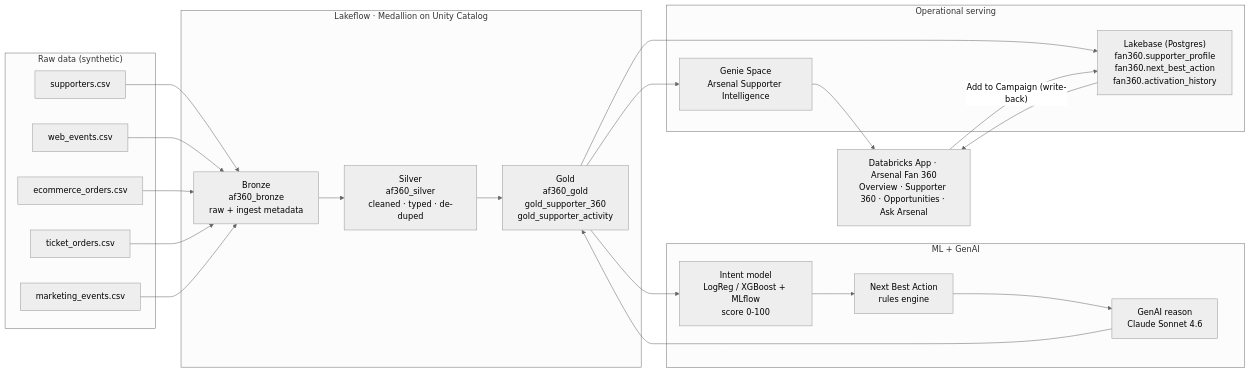
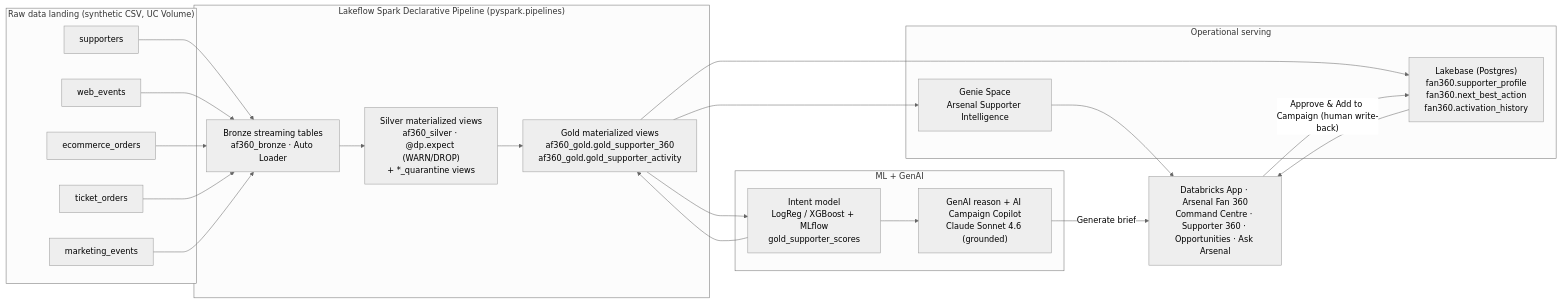
The diagram in README.md (VGokulPillai/arsenal-fan-360), drawn with Mermaid (neutral theme) before and after one commit. The commit also changed other lines of this file and 37 other files, not shown here.

First line of the commit message:
Add Lakeflow SDP, AI Campaign Copilot, executive command centre & business case

````diff
--- a/README.md
+++ b/README.md
@@ -35,38 +74,38 @@
 ```mermaid
 flowchart LR
-    subgraph RAW["Raw data (synthetic)"]
-        A1[supporters.csv]
-        A2[web_events.csv]
-        A3[ecommerce_orders.csv]
-        A4[ticket_orders.csv]
-        A5[marketing_events.csv]
+    subgraph RAW["Raw data landing (synthetic CSV, UC Volume)"]
+        A1[supporters]
+        A2[web_events]
+        A3[ecommerce_orders]
+        A4[ticket_orders]
+        A5[marketing_events]
     end
 
-    subgraph LF["Lakeflow · Medallion on Unity Catalog"]
-        B["Bronze<br/>af360_bronze<br/>raw + ingest metadata"]
-        S["Silver<br/>af360_silver<br/>cleaned · typed · de-duped"]
-        G["Gold<br/>af360_gold<br/>gold_supporter_360<br/>gold_supporter_activity"]
+    subgraph LF["Lakeflow Spark Declarative Pipeline (pyspark.pipelines)"]
+        B["Bronze streaming tables<br/>af360_bronze · Auto Loader"]
+        S["Silver materialized views<br/>af360_silver · @dp.expect (WARN/DROP)<br/>+ *_quarantine views"]
+        G["Gold materialized views<br/>af360_gold.gold_supporter_360<br/>af360_gold.gold_supporter_activity"]
     end
 
     subgraph AI["ML + GenAI"]
-        M["Intent model<br/>LogReg / XGBoost + MLflow<br/>score 0-100"]
-        N["Next Best Action<br/>rules engine"]
-        R["GenAI reason<br/>Claude Sonnet 4.6"]
+        M["Intent model<br/>LogReg / XGBoost + MLflow<br/>gold_supporter_scores"]
+        R["GenAI reason + AI Campaign Copilot<br/>Claude Sonnet 4.6 (grounded)"]
     end
 
     subgraph SERVE["Operational serving"]
         L["Lakebase (Postgres)<br/>fan360.supporter_profile<br/>fan360.next_best_action<br/>fan360.activation_history"]
         Q["Genie Space<br/>Arsenal Supporter Intelligence"]
     end
 
-    APP["Databricks App · Arsenal Fan 360<br/>Overview · Supporter 360 · Opportunities · Ask Arsenal"]
+    APP["Databricks App · Arsenal Fan 360<br/>Command Centre · Supporter 360 · Opportunities · Ask Arsenal"]
 
     A1 & A2 & A3 & A4 & A5 --> B --> S --> G
-    G --> M --> N --> R
-    R --> G
+    G --> M --> G
+    M --> R
     G --> Q
     G --> L
     L --> APP
     Q --> APP
-    APP -- "Add to Campaign (write-back)" --> L
+    R -- "Generate brief" --> APP
+    APP -- "Approve & Add to Campaign (human write-back)" --> L
 ```
````
